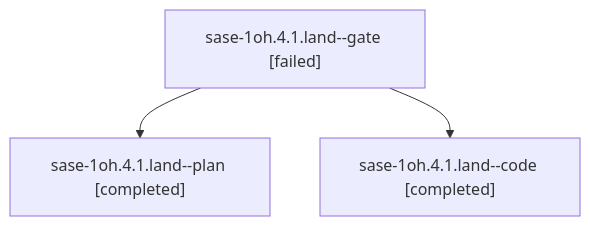
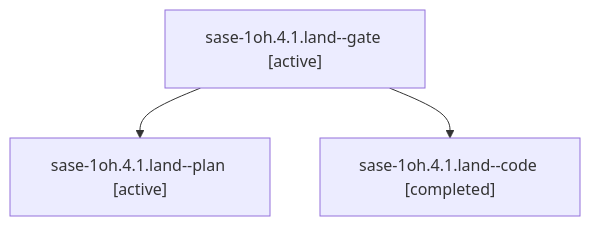
The diagram in sessions/bbugyi200.athena.sase-1oh.4.1.land.md (sase-org/sase--agents), drawn with Mermaid before and after one commit. The commit also changed other lines of this file and 180 other files, not shown here.

````diff
--- a/sessions/bbugyi200.athena.sase-1oh.4.1.land.md
+++ b/sessions/bbugyi200.athena.sase-1oh.4.1.land.md
@@ -9,8 +9,8 @@
 ```mermaid
 flowchart TD
-  n0["sase-1oh.4.1.land--gate [failed]"]
-  n1["sase-1oh.4.1.land--plan [completed]"]
+  n0["sase-1oh.4.1.land--gate [active]"]
+  n1["sase-1oh.4.1.land--plan [active]"]
   n0 --> n1
   n2["sase-1oh.4.1.land--code [completed]"]
   n0 --> n2
 ```
````
